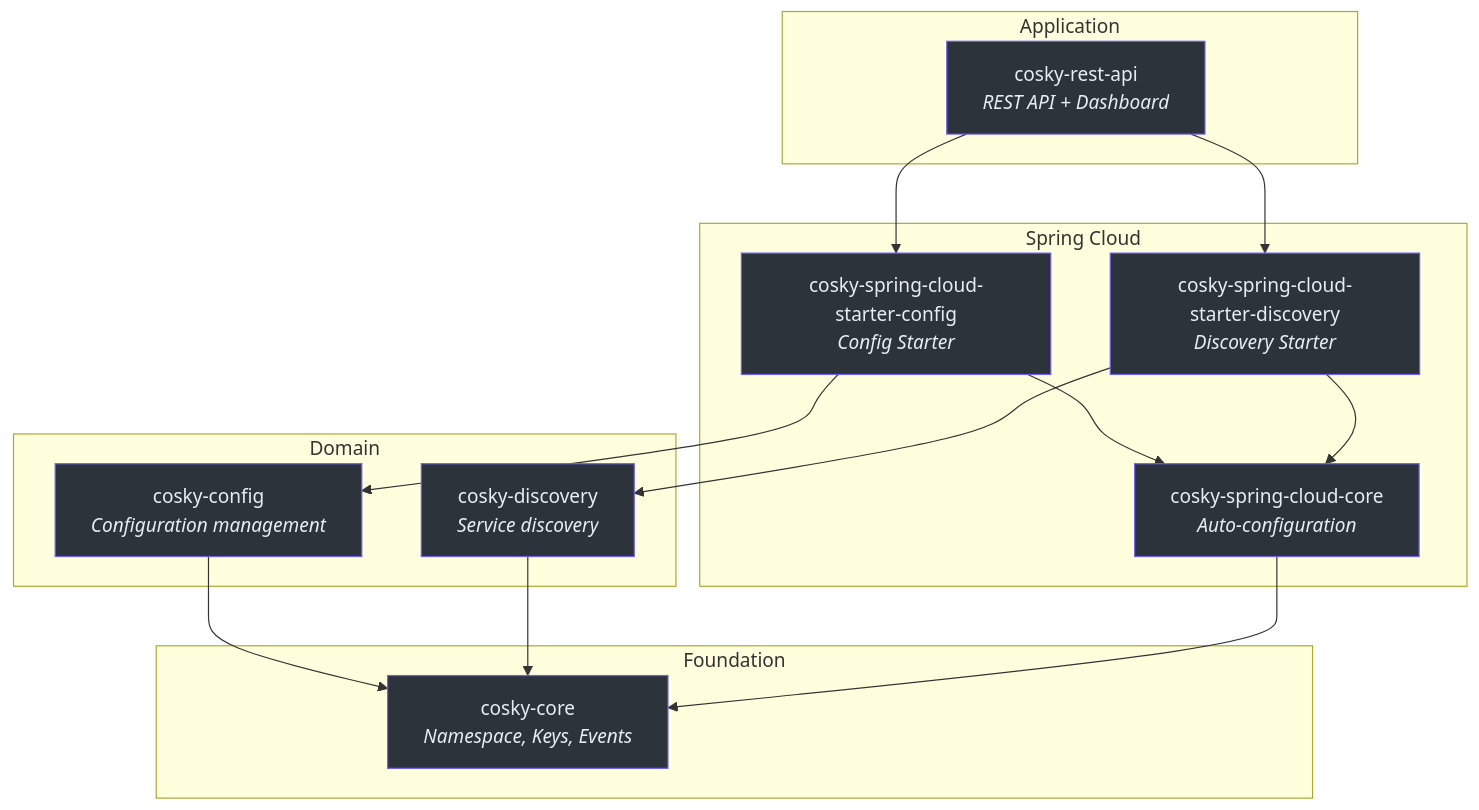
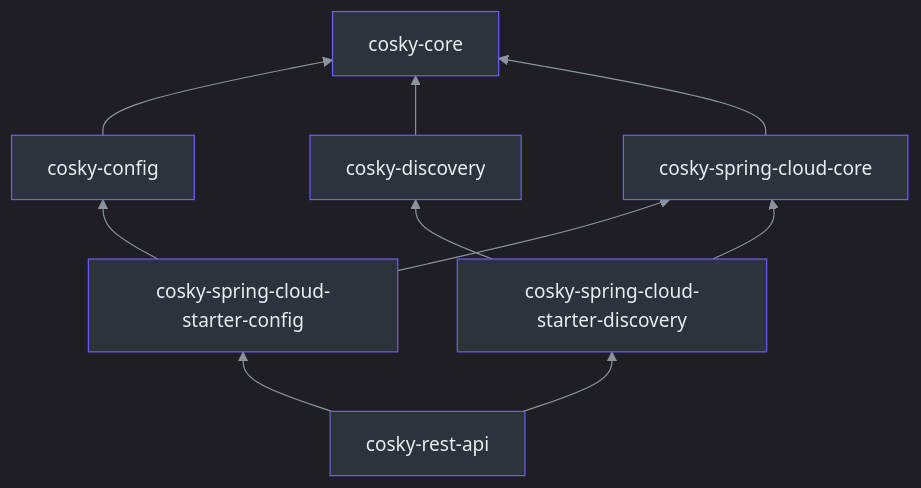
One commit to Ahoo-Wang/CoSky changed the first of 2 diagrams in wiki/guide/architecture.md. Above: the diagram before and after it, drawn with Mermaid. The commit also changed other lines of this file and 39 other files, not shown here.

````diff
--- a/wiki/guide/architecture.md
+++ b/wiki/guide/architecture.md
@@ -67,39 +18,21 @@
 ```mermaid
-flowchart TD
-    subgraph Foundation
-        cosky-core["cosky-core<br><i>Namespace, Keys, Events</i>"]
-    end
-
-    subgraph Domain
-        cosky-config["cosky-config<br><i>Configuration management</i>"]
-        cosky-discovery["cosky-discovery<br><i>Service discovery</i>"]
-    end
-
-    subgraph Spring Cloud
-        cosky-spring-cloud-core["cosky-spring-cloud-core<br><i>Auto-configuration</i>"]
-        cosky-spring-cloud-starter-config["cosky-spring-cloud-starter-config<br><i>Config Starter</i>"]
-        cosky-spring-cloud-starter-discovery["cosky-spring-cloud-starter-discovery<br><i>Discovery Starter</i>"]
-    end
-
-    subgraph Application
-        cosky-rest-api["cosky-rest-api<br><i>REST API + Dashboard</i>"]
-    end
-
-    cosky-config --> cosky-core
-    cosky-discovery --> cosky-core
-    cosky-spring-cloud-core --> cosky-core
-    cosky-spring-cloud-starter-config --> cosky-spring-cloud-core
-    cosky-spring-cloud-starter-config --> cosky-config
-    cosky-spring-cloud-starter-discovery --> cosky-spring-cloud-core
-    cosky-spring-cloud-starter-discovery --> cosky-discovery
-    cosky-rest-api --> cosky-spring-cloud-starter-config
-    cosky-rest-api --> cosky-spring-cloud-starter-discovery
-
-    style cosky-core fill:#2d333b,stroke:#6d5dfc,color:#e6edf3
-    style cosky-config fill:#2d333b,stroke:#6d5dfc,color:#e6edf3
-    style cosky-discovery fill:#2d333b,stroke:#6d5dfc,color:#e6edf3
-    style cosky-spring-cloud-core fill:#2d333b,stroke:#6d5dfc,color:#e6edf3
-    style cosky-spring-cloud-starter-config fill:#2d333b,stroke:#6d5dfc,color:#e6edf3
-    style cosky-spring-cloud-starter-discovery fill:#2d333b,stroke:#6d5dfc,color:#e6edf3
-    style cosky-rest-api fill:#2d333b,stroke:#6d5dfc,color:#e6edf3
+%%{init: {'theme':'dark', 'themeVariables': {'primaryColor':'#2d333b','primaryBorderColor':'#6d5dfc','primaryTextColor':'#e6edf3','lineColor':'#8b949e','secondaryColor':'#161b22','tertiaryColor':'#161b22'}}}%%
+graph BT
+    CORE["cosky-core"]
+    CONFIG["cosky-config"] --> CORE
+    DISCOVERY["cosky-discovery"] --> CORE
+    SCC["cosky-spring-cloud-core"] --> CORE
+    SCONFIG["cosky-spring-cloud-starter-config"] --> CONFIG
+    SCONFIG --> SCC
+    SDISC["cosky-spring-cloud-starter-discovery"] --> DISCOVERY
+    SDISC --> SCC
+    REST["cosky-rest-api"] --> SCONFIG
+    REST --> SDISC
+    style CORE fill:#2d333b,stroke:#6d5dfc,color:#e6edf3
+    style CONFIG fill:#2d333b,stroke:#6d5dfc,color:#e6edf3
+    style DISCOVERY fill:#2d333b,stroke:#6d5dfc,color:#e6edf3
+    style SCC fill:#2d333b,stroke:#6d5dfc,color:#e6edf3
+    style SCONFIG fill:#2d333b,stroke:#6d5dfc,color:#e6edf3
+    style SDISC fill:#2d333b,stroke:#6d5dfc,color:#e6edf3
+    style REST fill:#2d333b,stroke:#6d5dfc,color:#e6edf3
 ```
````
